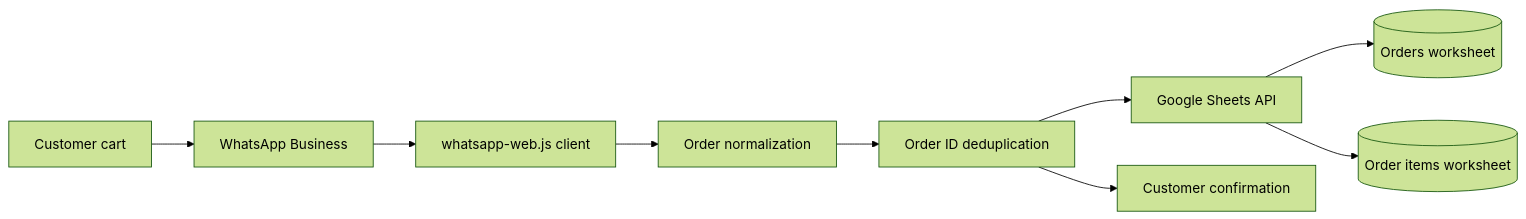
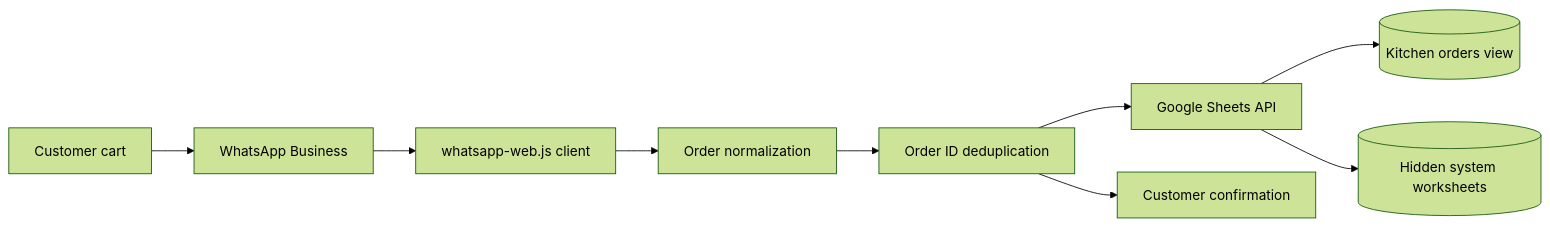
Before and after one commit to Jehosua97/whatsapp-orders-google-sheets: the diagram in README.md, drawn with Mermaid (forest theme). The commit also changed other lines of this file and 11 other files, not shown here.

Commit message:
feat: simplify kitchen order capture

````diff
--- a/README.md
+++ b/README.md
@@ -18,11 +18,11 @@
 ```mermaid
 flowchart LR
     Customer[Customer cart] --> WA[WhatsApp Business]
     WA --> Client[whatsapp-web.js client]
     Client --> Normalize[Order normalization]
     Normalize --> Dedup[Order ID deduplication]
     Dedup --> Sheets[Google Sheets API]
-    Sheets --> Orders[(Orders worksheet)]
-    Sheets --> Items[(Order items worksheet)]
+    Sheets --> Kitchen[(Kitchen orders view)]
+    Sheets --> Internal[(Hidden system worksheets)]
     Dedup --> Reply[Customer confirmation]
 ```
````
